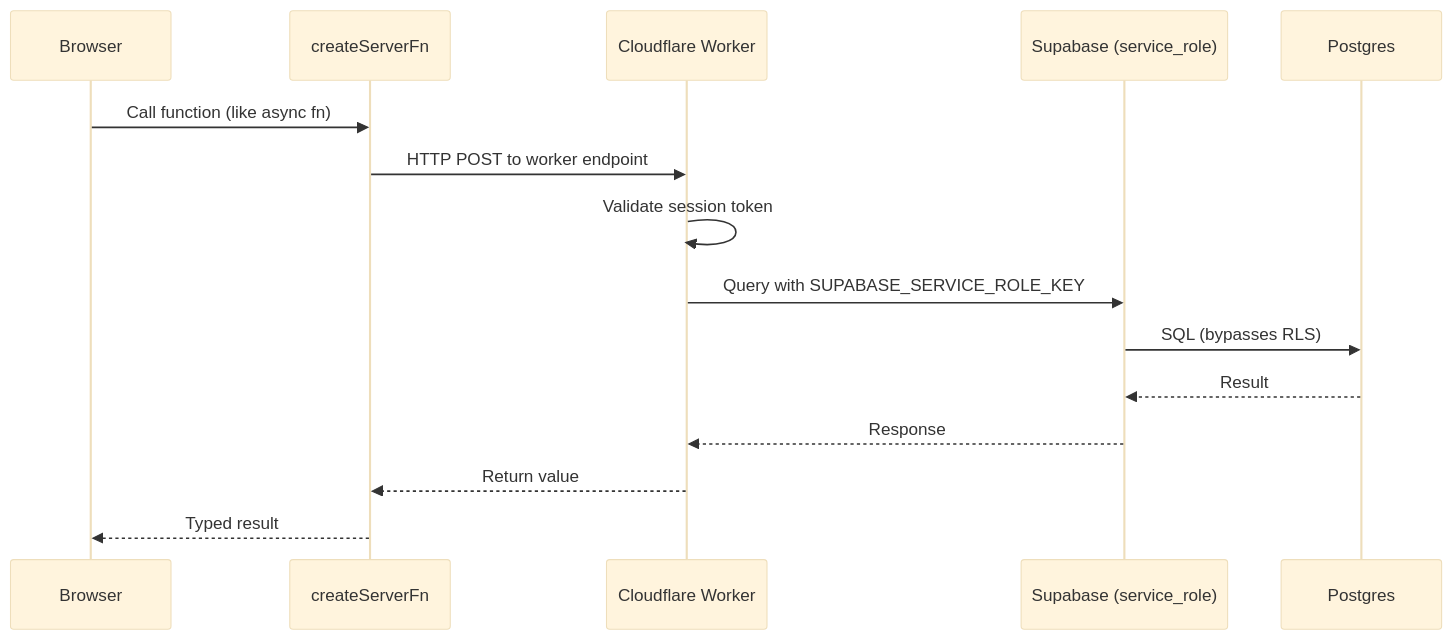
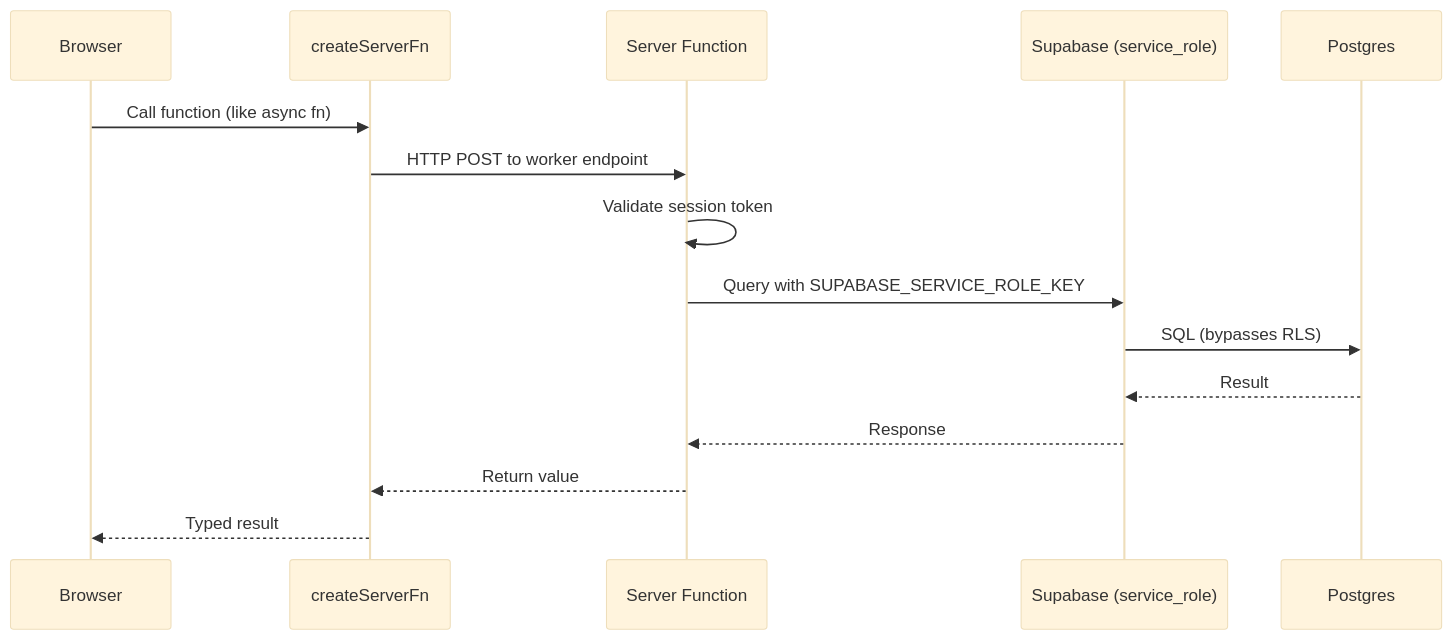
One commit to gastaldellomarco/pcReady changed the diagram in src/content/docs/05-api/01-supabase-edge-functions.mdx. Above: the diagram before and after it, drawn with Mermaid (base theme). The commit also changed other lines of this file and 8 other files, not shown here.

Commit message:
refactor: update documentation to remove Cloudflare Workers references and clarify server function execution

````diff
--- a/src/content/docs/05-api/01-supabase-edge-functions.mdx
+++ b/src/content/docs/05-api/01-supabase-edge-functions.mdx
@@ -13,18 +13,18 @@
 ```mermaid
 sequenceDiagram
     participant Browser
     participant SFn as createServerFn
-    participant Worker as Cloudflare Worker
+    participant Worker as Server Function
     participant Supabase as Supabase (service_role)
     participant DB as Postgres
 
     Browser->>SFn: Call function (like async fn)
     SFn->>Worker: HTTP POST to worker endpoint
     Worker->>Worker: Validate session token
     Worker->>Supabase: Query with SUPABASE_SERVICE_ROLE_KEY
     Supabase->>DB: SQL (bypasses RLS)
     DB-->>Supabase: Result
     Supabase-->>Worker: Response
     Worker-->>SFn: Return value
     SFn-->>Browser: Typed result
 ```
````
